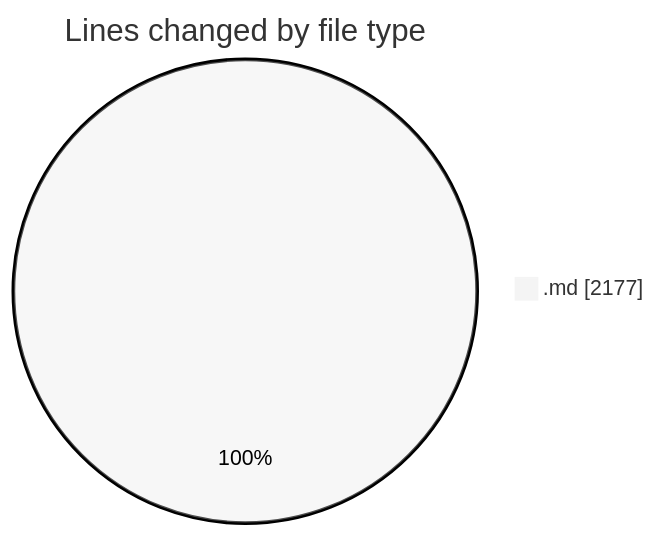
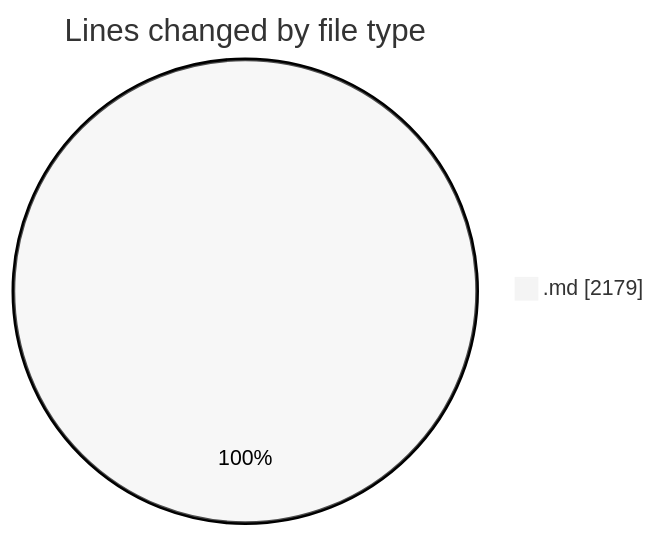
Before and after one commit to Ritupan-Deka/code-tracking: the first of 2 diagrams in 2025-07-09/urlwebwala_intership_work/README.md, drawn with Mermaid (neutral theme). The commit also changed other lines of this file and 1 other file, not shown here.

````diff
--- a/2025-07-09/urlwebwala_intership_work/README.md
+++ b/2025-07-09/urlwebwala_intership_work/README.md
@@ -20,5 +20,5 @@
 ```mermaid
 pie showData
 title Lines changed by file type
-".md" : 2177
+".md" : 2179
 ```
````
